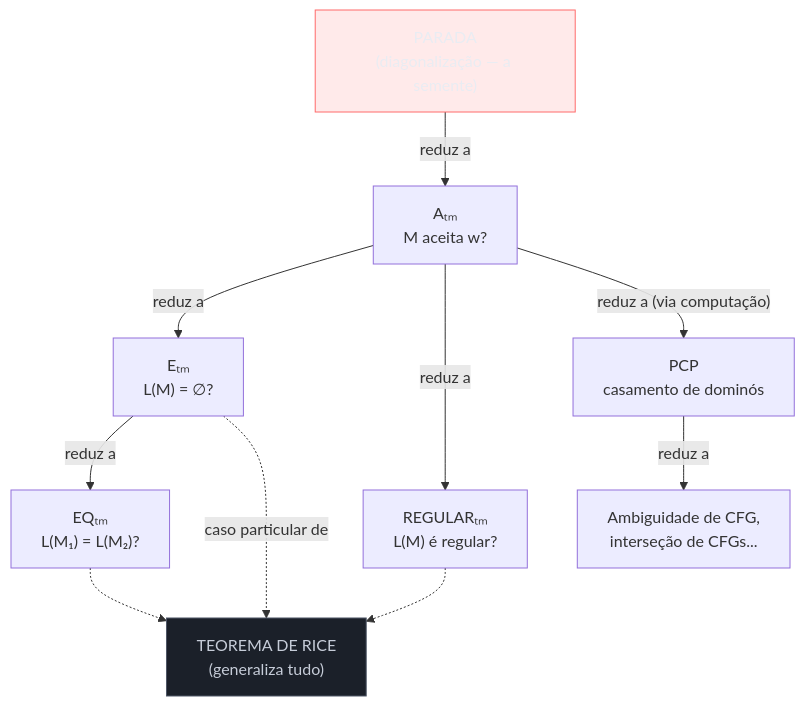
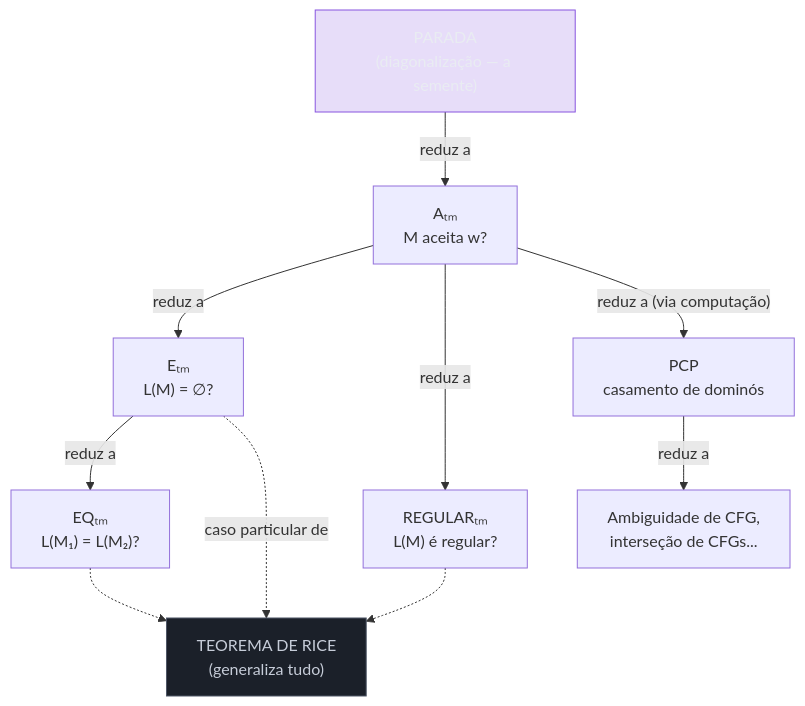
One commit to josenaldo/codex-technomanticus changed the third of 3 diagrams in 03-Dominios/Ciência/Teoria da Computação/12 - Reduções e indecidibilidade em cascata.md. Above: the diagram before and after it, drawn with Mermaid. The commit also changed other lines of this file and 601 other files, not shown here.

````diff
--- a/03-Dominios/Ciência/Teoria da Computação/12 - Reduções e indecidibilidade em cascata.md
+++ b/03-Dominios/Ciência/Teoria da Computação/12 - Reduções e indecidibilidade em cascata.md
@@ -234,18 +234,18 @@
 ```mermaid
 flowchart TD
-    classDef falha fill:#FF6B6B24,stroke:#FF6B6B,color:#E9ECF2
+    classDef marca fill:#8855DF33,stroke:#8855DF,color:#E9ECF2
     classDef neutro fill:#1B2029,stroke:#4E5666,color:#C6CCD8
     HALT["PARADA<br/>(diagonalização — a semente)"]
     HALT -->|"reduz a"| ATM["Aₜₘ<br/>M aceita w?"]
     ATM -->|"reduz a"| ETM["Eₜₘ<br/>L(M) = ∅?"]
     ATM -->|"reduz a"| REG["REGULARₜₘ<br/>L(M) é regular?"]
     ETM -->|"reduz a"| EQTM["EQₜₘ<br/>L(M₁) = L(M₂)?"]
     ATM -->|"reduz a (via computação)"| PCP["PCP<br/>casamento de dominós"]
     PCP -->|"reduz a"| GRAM["Ambiguidade de CFG,<br/>interseção de CFGs..."]
     ETM -.->|"caso particular de"| RICE["TEOREMA DE RICE<br/>(generaliza tudo)"]
     REG -.-> RICE
     EQTM -.-> RICE
 
-    class HALT falha
+    class HALT marca
     class RICE neutro
 ```
````
